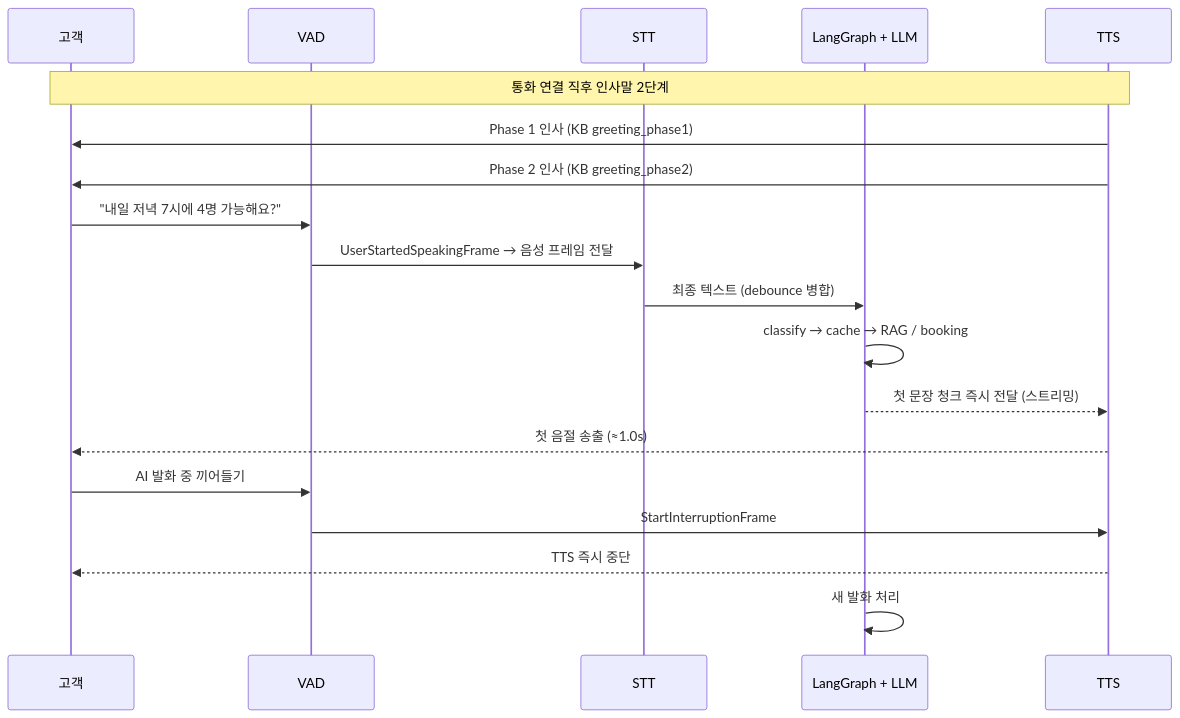
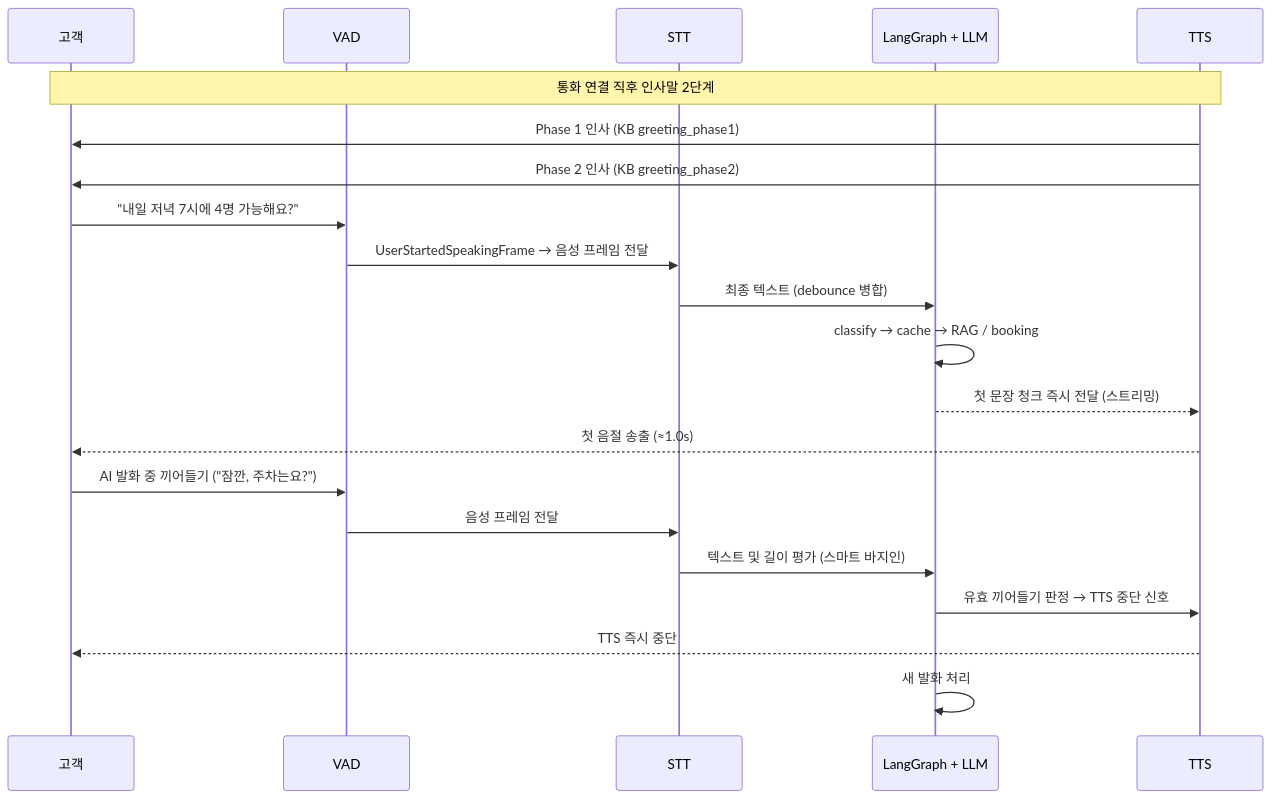
The diagram in docs/presentation/images/diagram_11.mmd (hak023/agentic_ai_callbot), drawn with Mermaid before and after one commit. The commit also changed 6 other files, not shown here.

```diff
--- a/docs/presentation/images/diagram_11.mmd
+++ b/docs/presentation/images/diagram_11.mmd
@@ -1,19 +1,21 @@
 sequenceDiagram
     participant C as 고객
     participant V as VAD
     participant S as STT
     participant L as LangGraph + LLM
     participant T as TTS
     Note over C,T: 통화 연결 직후 인사말 2단계
     T->>C: Phase 1 인사 (KB greeting_phase1)
     T->>C: Phase 2 인사 (KB greeting_phase2)
     C->>V: "내일 저녁 7시에 4명 가능해요?"
     V->>S: UserStartedSpeakingFrame → 음성 프레임 전달
     S->>L: 최종 텍스트 (debounce 병합)
     L->>L: classify → cache → RAG / booking
     L-->>T: 첫 문장 청크 즉시 전달 (스트리밍)
     T-->>C: 첫 음절 송출 (≈1.0s)
-    C->>V: AI 발화 중 끼어들기
-    V->>T: StartInterruptionFrame
+    C->>V: AI 발화 중 끼어들기 ("잠깐, 주차는요?")
+    V->>S: 음성 프레임 전달
+    S->>L: 텍스트 및 길이 평가 (스마트 바지인)
+    L->>T: 유효 끼어들기 판정 → TTS 중단 신호
     T-->>C: TTS 즉시 중단
     L->>L: 새 발화 처리
```
